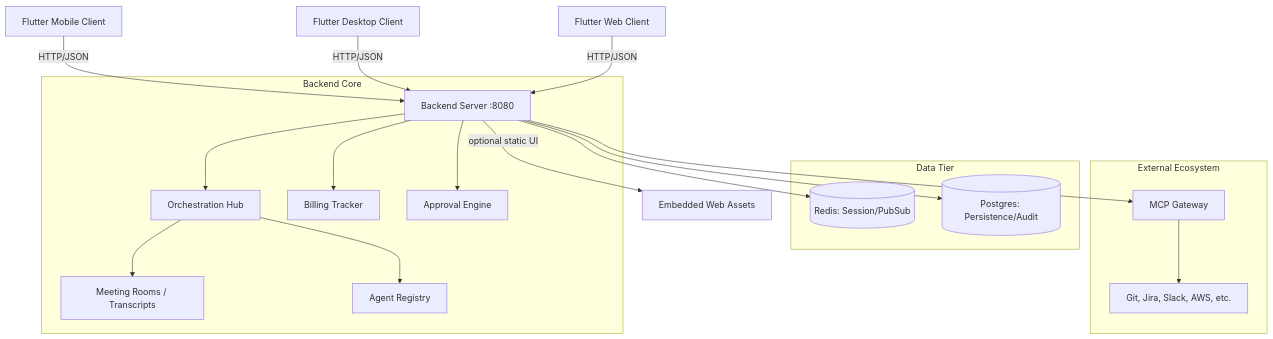
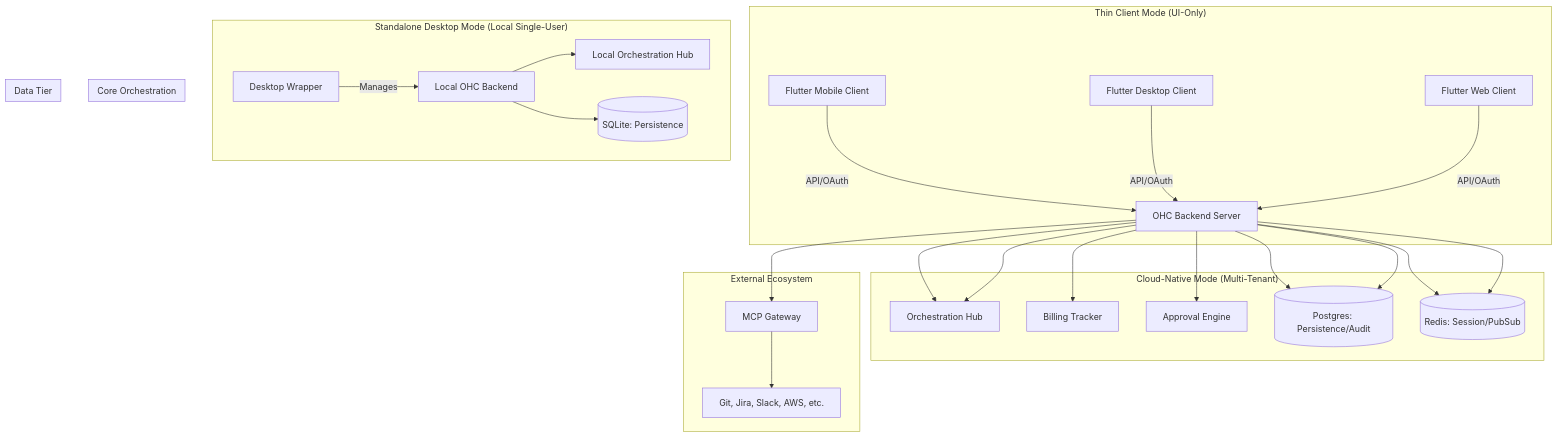
One commit to omnisolo-llc/onehumancorp changed the first of 2 diagrams in docs/system-design.md. Above: the diagram before and after it, drawn with Mermaid. The commit also changed other lines of this file and 3 other files, not shown here.

First line of the commit message:
docs: Update Blueprint for Hybrid Architecture (#897)

````diff
--- a/docs/system-design.md
+++ b/docs/system-design.md
@@ -32,25 +32,36 @@
 ```mermaid
 graph TD
-    Mobile[Flutter Mobile Client] -->|HTTP/JSON| BE[Backend Server :8080]
-    Desktop[Flutter Desktop Client] -->|HTTP/JSON| BE
-    Web[Flutter Web Client] -->|HTTP/JSON| BE
-    BE -->|optional static UI| UI[Embedded Web Assets]
+    subgraph "Thin Client Mode (UI-Only)"
+        Mobile[Flutter Mobile Client] -->|API/OAuth| BE[OHC Backend Server]
+        Desktop[Flutter Desktop Client] -->|API/OAuth| BE
+        Web[Flutter Web Client] -->|API/OAuth| BE
+    end
     
-    subgraph "Backend Core"
+    subgraph "Cloud-Native Mode (Multi-Tenant)"
         BE --> Hub[Orchestration Hub]
         BE --> Billing[Billing Tracker]
         BE --> Approval[Approval Engine]
-        Hub --> Meetings[Meeting Rooms / Transcripts]
-        Hub --> Registry[Agent Registry]
+        BE --> DB[(Postgres: Persistence)]
+        BE --> Redis[(Redis: Session/PubSub)]
+    end
+
+    subgraph "Standalone Desktop Mode (Local Single-User)"
+        DesktopShell[Desktop Wrapper] -->|Manages| LocalBE[Local OHC Backend]
+        LocalBE --> LocalHub[Local Orchestration Hub]
+        LocalBE --> LocalDB[(SQLite: Persistence)]
+    end
+
+    subgraph "Core Orchestration"
+        BE --> Hub[Orchestration Hub]
     end
 
     subgraph "Data Tier"
         BE --> Redis[(Redis: Session/PubSub)]
         BE --> DB[(Postgres: Persistence/Audit)]
     end
 
     subgraph "External Ecosystem"
         BE --> MCP[MCP Gateway]
         MCP --> Tools[Git, Jira, Slack, AWS, etc.]
     end
 ```
````
